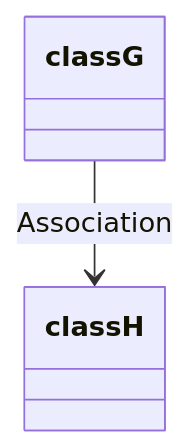
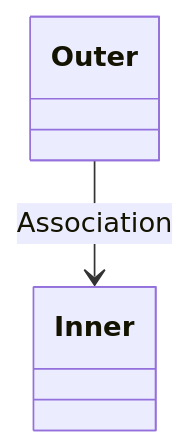
The fifth of 6 diagrams in 정리/UML.md (jdalma/footprints), drawn with Mermaid before and after one commit. The commit also changed other lines of this file and 5 other files, not shown here.

````diff
--- a/정리/UML.md
+++ b/정리/UML.md
@@ -82,4 +82,4 @@
 ```mermaid
 classDiagram
-    classG --> classH : Association
+    Outer --> Inner : Association
 ```
````
